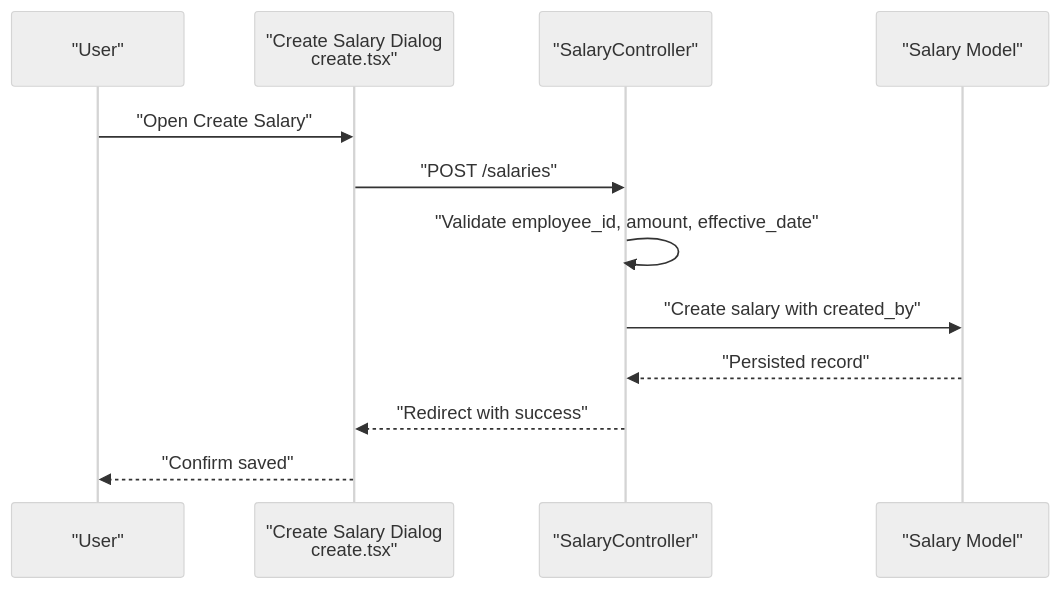
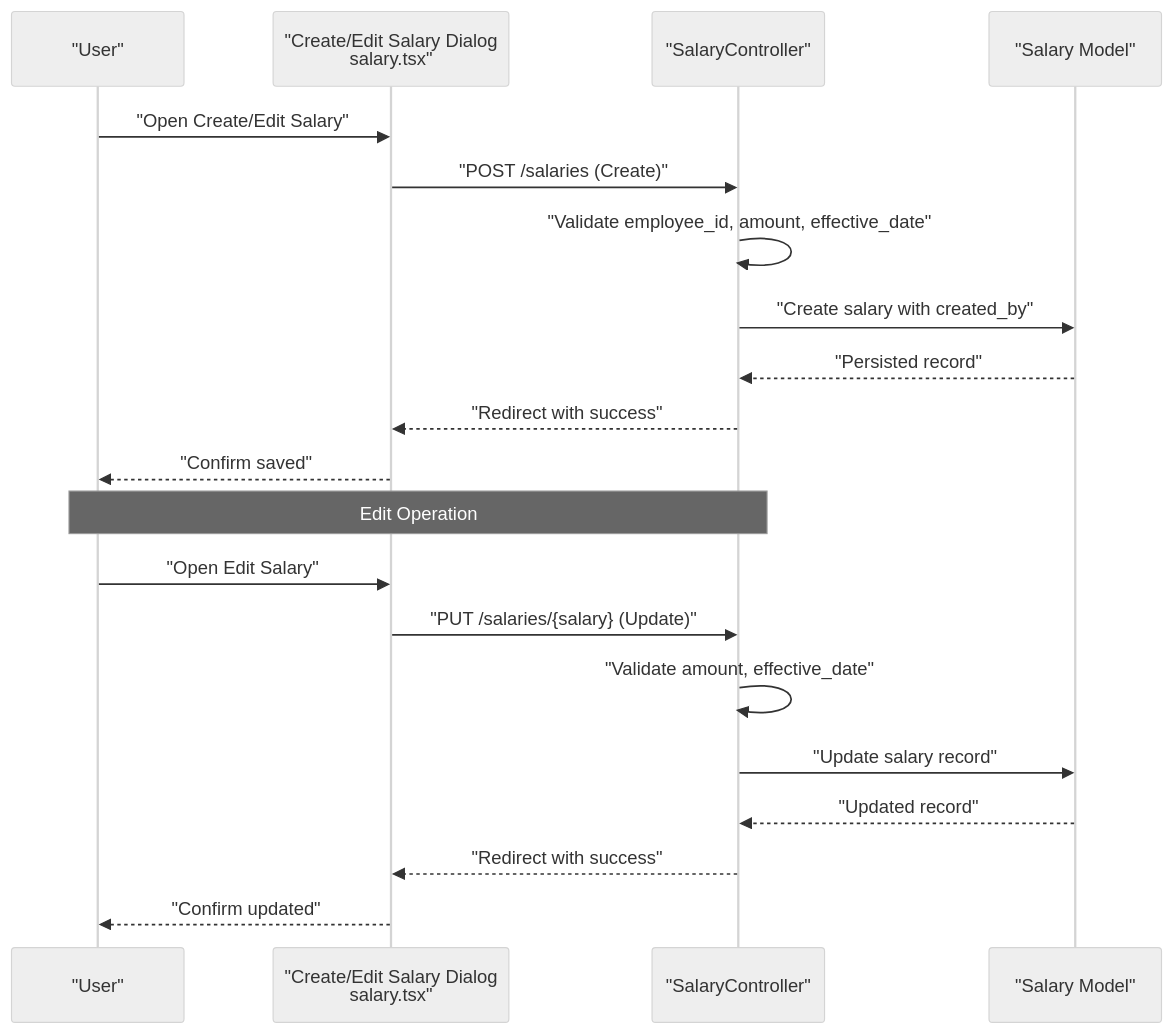
The fourth of 8 diagrams in .qoder/repowiki/en/content/Payroll System/Salary Management.md (vincet0t15/template), drawn with Mermaid (neutral theme) before and after one commit. The commit also changed other lines of this file and 11 other files, not shown here.

````diff
--- a/.qoder/repowiki/en/content/Payroll System/Salary Management.md
+++ b/.qoder/repowiki/en/content/Payroll System/Salary Management.md
@@ -191,14 +211,22 @@
 ```mermaid
 sequenceDiagram
 participant U as "User"
-participant FE as "Create Salary Dialog<br/>create.tsx"
+participant FE as "Create/Edit Salary Dialog<br/>salary.tsx"
 participant BE as "SalaryController"
 participant SM as "Salary Model"
-U->>FE : "Open Create Salary"
-FE->>BE : "POST /salaries"
+U->>FE : "Open Create/Edit Salary"
+FE->>BE : "POST /salaries (Create)"
 BE->>BE : "Validate employee_id, amount, effective_date"
 BE->>SM : "Create salary with created_by"
 SM-->>BE : "Persisted record"
 BE-->>FE : "Redirect with success"
 FE-->>U : "Confirm saved"
+Note over U,BE : Edit Operation
+U->>FE : "Open Edit Salary"
+FE->>BE : "PUT /salaries/{salary} (Update)"
+BE->>BE : "Validate amount, effective_date"
+BE->>SM : "Update salary record"
+SM-->>BE : "Updated record"
+BE-->>FE : "Redirect with success"
+FE-->>U : "Confirm updated"
 ```
````
